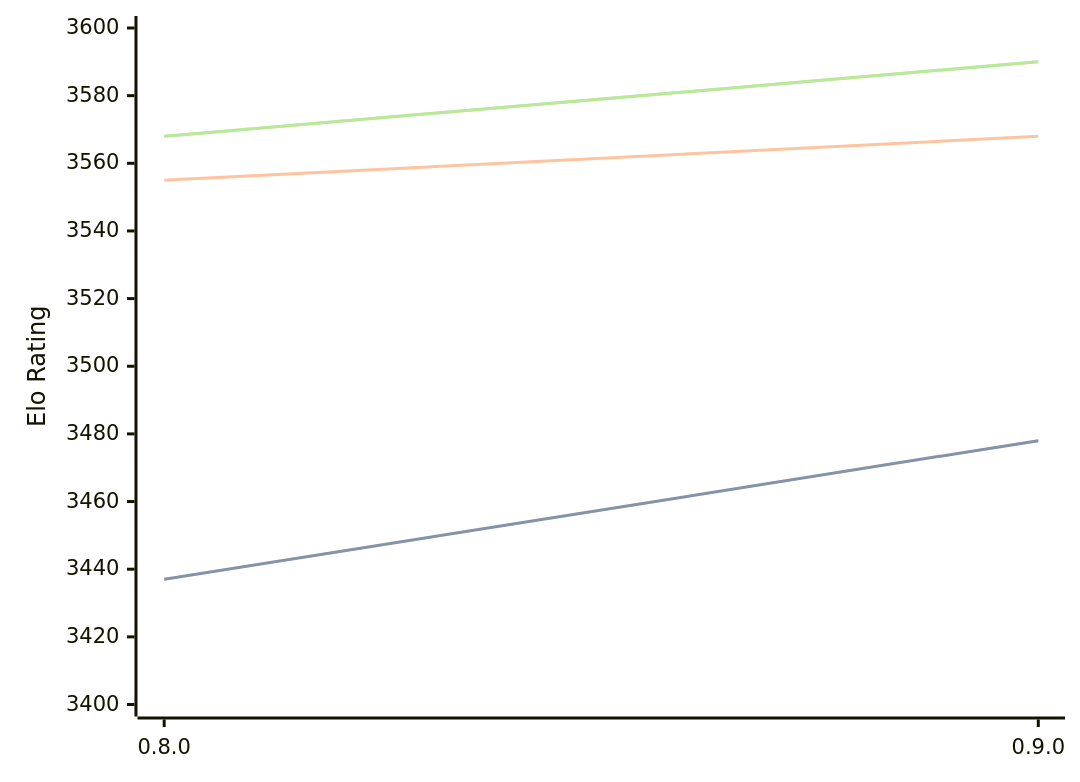
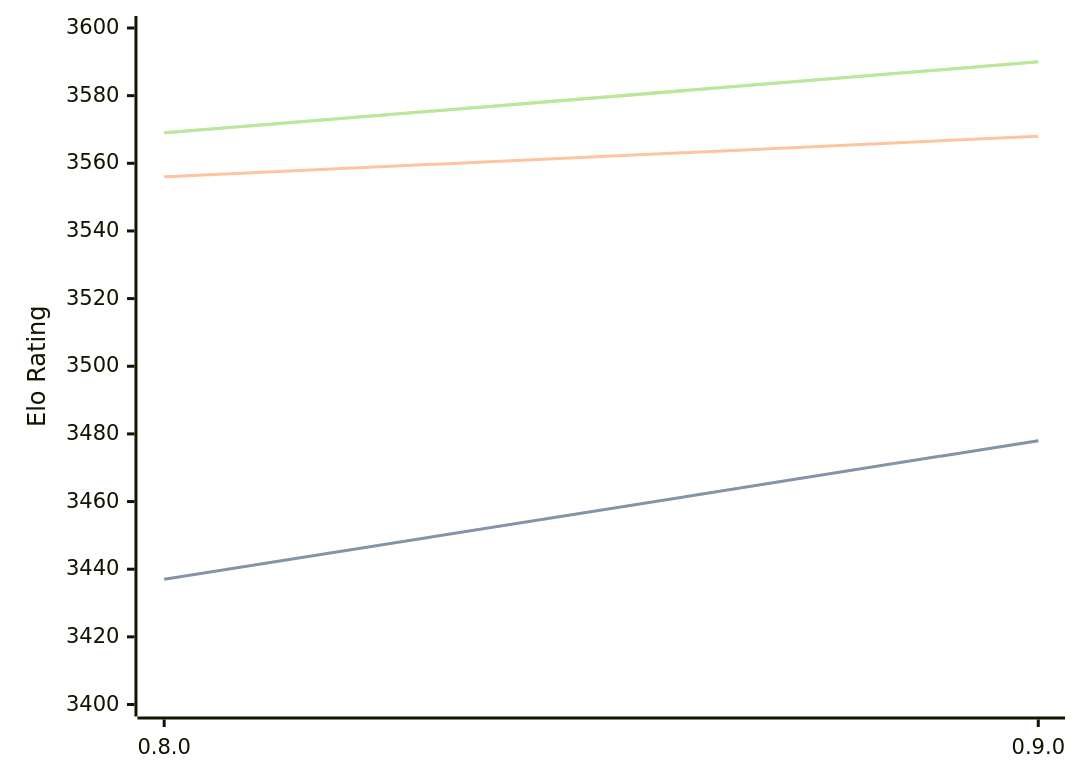
Before and after one commit to computer-chess-index/cci: the diagram in engines/Reckless.md, drawn with Mermaid. The commit also changed other lines of this file, not shown here.

Commit message:
Update CCI Ratings (ELO VLTC) - 2026-08-20

````diff
--- a/engines/Reckless.md
+++ b/engines/Reckless.md
@@ -32,11 +32,11 @@
 ```mermaid
 %%{init: {"theme":"base","themeVariables":{"seriesColors:['#a3a3a3','#222221','#faa371']}}}%%
 xychart-beta
   x-axis ["0.8.0", "0.9.0"]
   y-axis "Elo Rating" 3400 --> 3600
   line "STC (8.0+0.08s)" [3437, 3478]
   line "STC (8.0+0.08s)" [3437, 3478]
-  line "LTC (60.0+0.60s)" [3555, 3568]
-  line "VLTC (2m24s+1.12s)" [3568, 3590]
-  line "VLTC (2m24s+1.12s)" [3568, 3590]
+  line "LTC (60.0+0.60s)" [3556, 3568]
+  line "VLTC (2m24s+1.12s)" [3569, 3590]
+  line "VLTC (2m24s+1.12s)" [3569, 3590]
 ```
````
